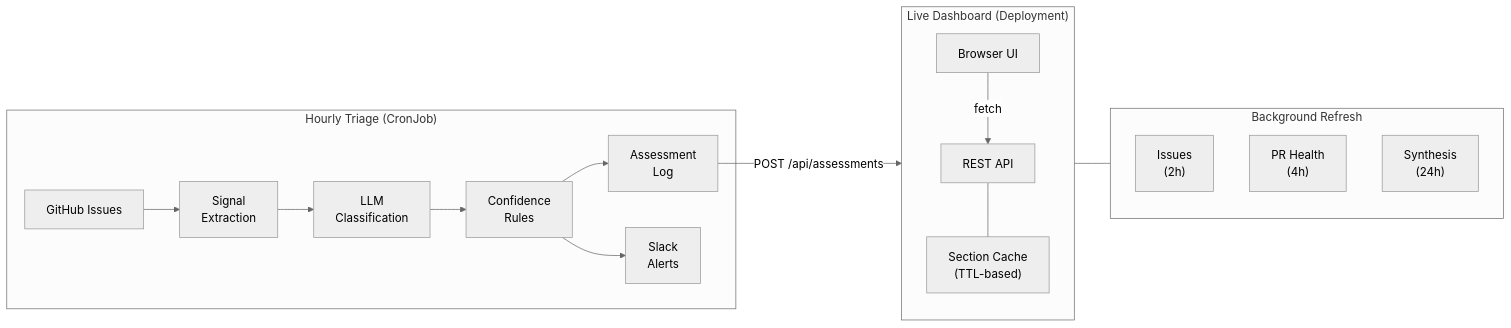
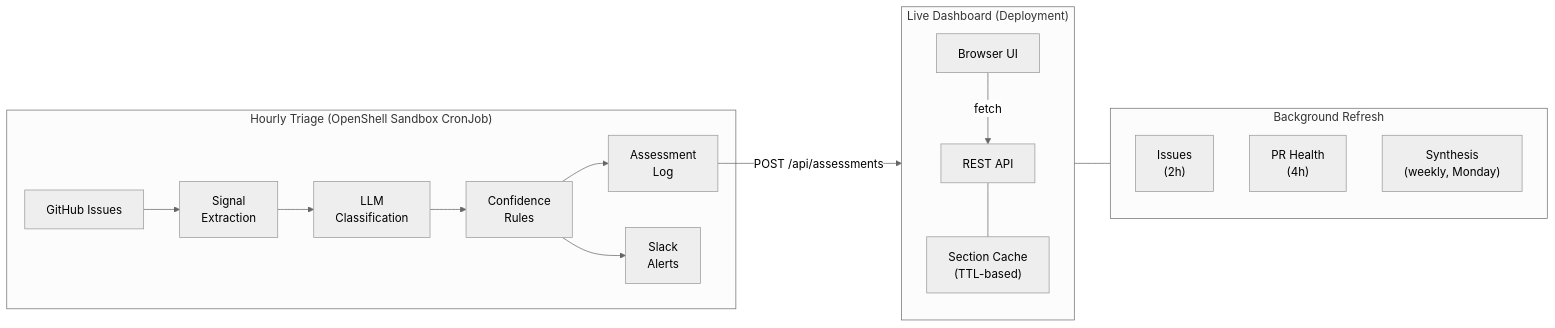
One commit to gracesmith6504/team-issue-triage changed the first of 2 diagrams in README.md. Above: the diagram before and after it, drawn with Mermaid (neutral theme). The commit also changed other lines of this file and 5 other files, not shown here.

First line of the commit message:
fix(dashboard): show full issue history, fix JS crash, weekly synthesis

````diff
--- a/README.md
+++ b/README.md
@@ -26,29 +26,29 @@
 ```mermaid
 flowchart LR
-    subgraph Triage["Hourly Triage (CronJob)"]
+    subgraph Triage["Hourly Triage (OpenShell Sandbox CronJob)"]
         GH["GitHub Issues"] --> SIG["Signal\nExtraction"]
         SIG --> LLM["LLM\nClassification"]
         LLM --> CONF["Confidence\nRules"]
         CONF --> LOG["Assessment\nLog"]
         CONF --> SLACK["Slack\nAlerts"]
     end
 
     subgraph Dashboard["Live Dashboard (Deployment)"]
         direction TB
         API["REST API"]
         CACHE["Section Cache\n(TTL-based)"]
         UI["Browser UI"]
         API --- CACHE
         UI -->|fetch| API
     end
 
     LOG -->|POST /api/assessments| API
 
     subgraph Refresh["Background Refresh"]
         R_ISS["Issues\n(2h)"]
         R_PR["PR Health\n(4h)"]
-        R_SYN["Synthesis\n(24h)"]
+        R_SYN["Synthesis\n(weekly, Monday)"]
     end
 
     CACHE --- Refresh
 ```
````
